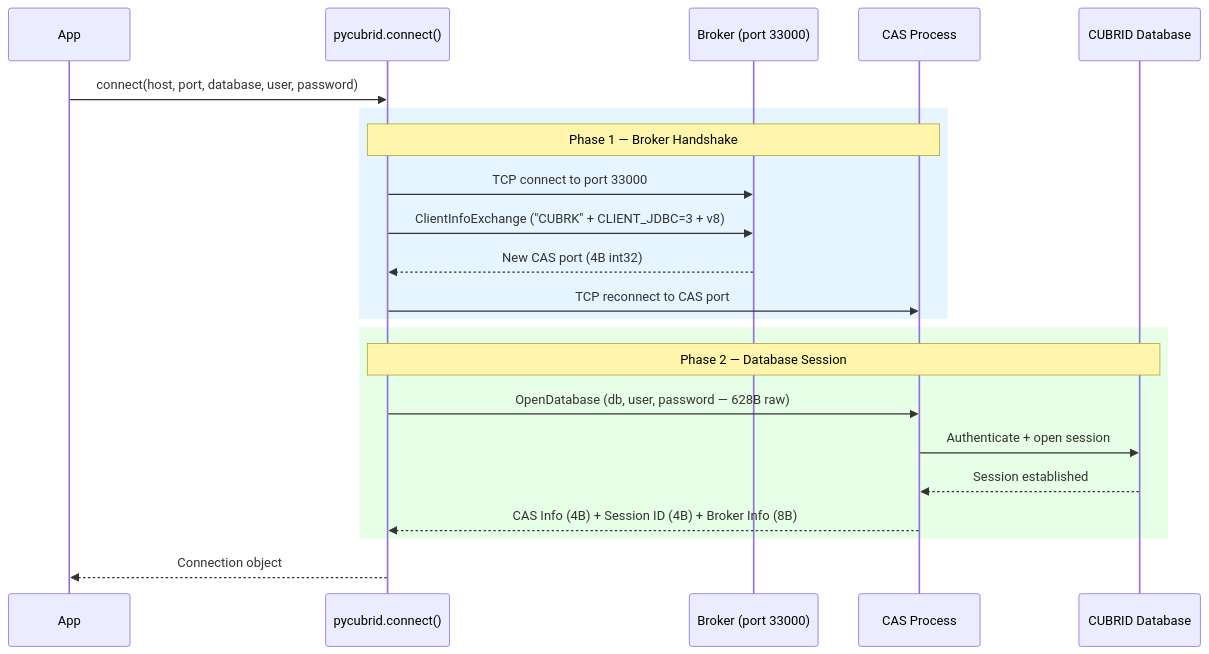
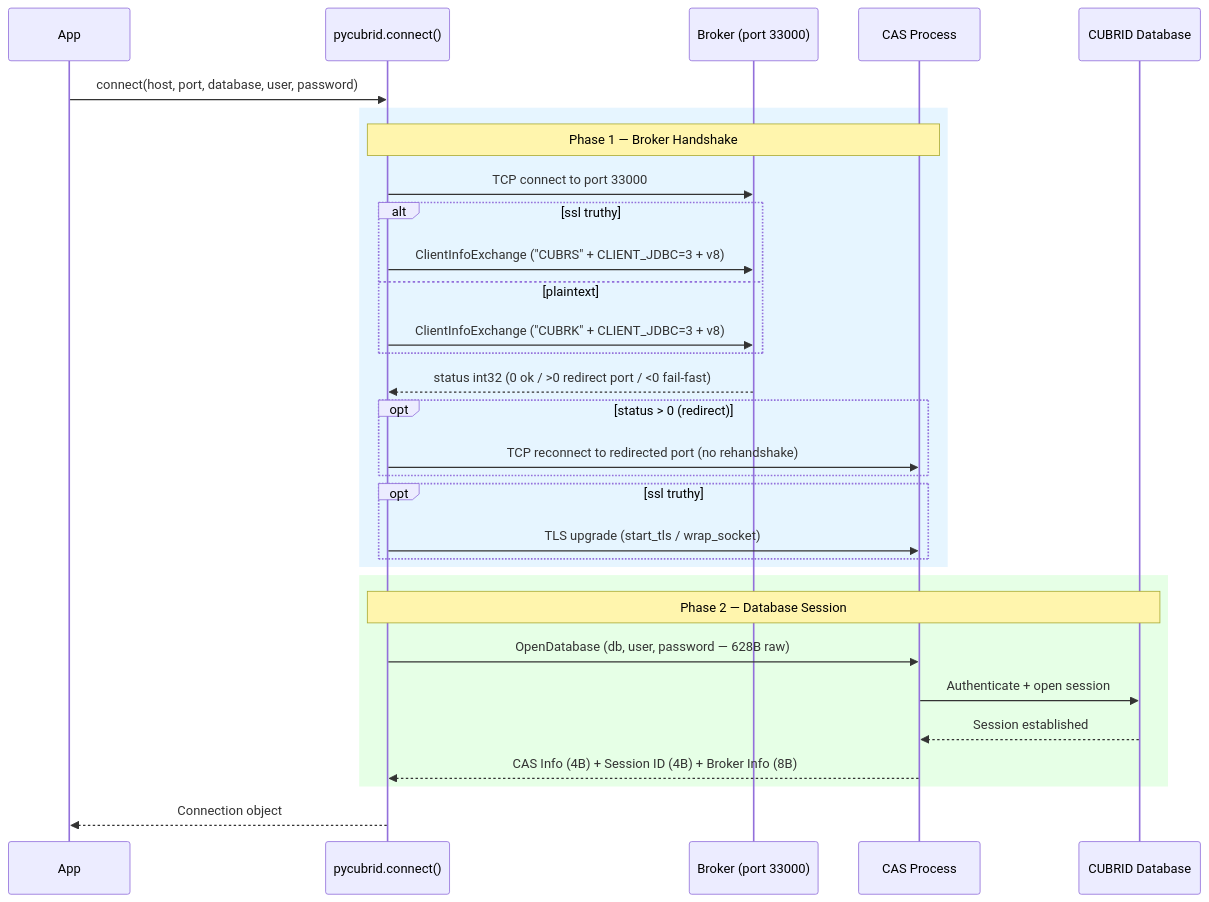
One commit to cubrid-lab/pycubrid changed the first of 5 diagrams in docs/ARCHITECTURE.md. Above: the diagram before and after it, drawn with Mermaid. The commit also changed 8 other files, not shown here.

````diff
--- a/docs/ARCHITECTURE.md
+++ b/docs/ARCHITECTURE.md
@@ -15,25 +15,34 @@
 ```mermaid
 sequenceDiagram
     participant App
     participant pycubrid as pycubrid.connect()
     participant Broker as Broker (port 33000)
     participant CAS as CAS Process
     participant DB as CUBRID Database
     
     App->>pycubrid: connect(host, port, database, user, password)
     rect rgb(230, 245, 255)
       note over pycubrid, CAS: Phase 1 — Broker Handshake
       pycubrid->>Broker: TCP connect to port 33000
-      pycubrid->>Broker: ClientInfoExchange ("CUBRK" + CLIENT_JDBC=3 + v8)
-      Broker-->>pycubrid: New CAS port (4B int32)
-      pycubrid->>CAS: TCP reconnect to CAS port
+      alt ssl truthy
+        pycubrid->>Broker: ClientInfoExchange ("CUBRS" + CLIENT_JDBC=3 + v8)
+      else plaintext
+        pycubrid->>Broker: ClientInfoExchange ("CUBRK" + CLIENT_JDBC=3 + v8)
+      end
+      Broker-->>pycubrid: status int32 (0 ok / >0 redirect port / <0 fail-fast)
+      opt status > 0 (redirect)
+        pycubrid->>CAS: TCP reconnect to redirected port (no rehandshake)
+      end
+      opt ssl truthy
+        pycubrid->>CAS: TLS upgrade (start_tls / wrap_socket)
+      end
     end
     rect rgb(230, 255, 230)
       note over pycubrid, DB: Phase 2 — Database Session
       pycubrid->>CAS: OpenDatabase (db, user, password — 628B raw)
       CAS->>DB: Authenticate + open session
       DB-->>CAS: Session established
       CAS-->>pycubrid: CAS Info (4B) + Session ID (4B) + Broker Info (8B)
     end
     pycubrid-->>App: Connection object
 ```
````
